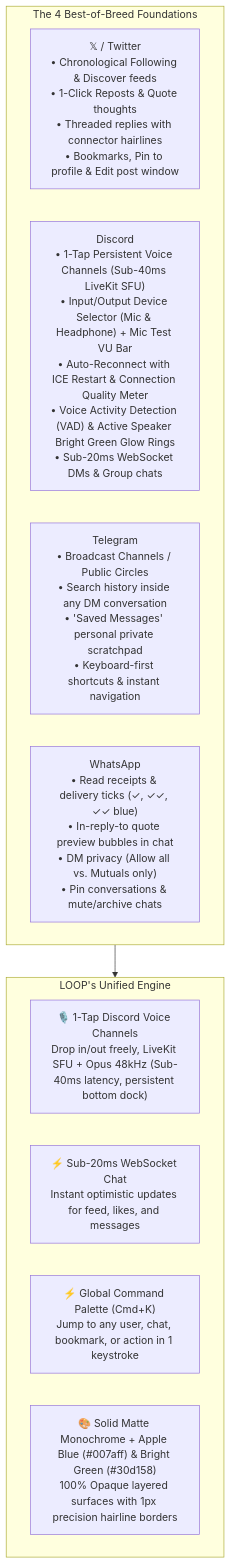
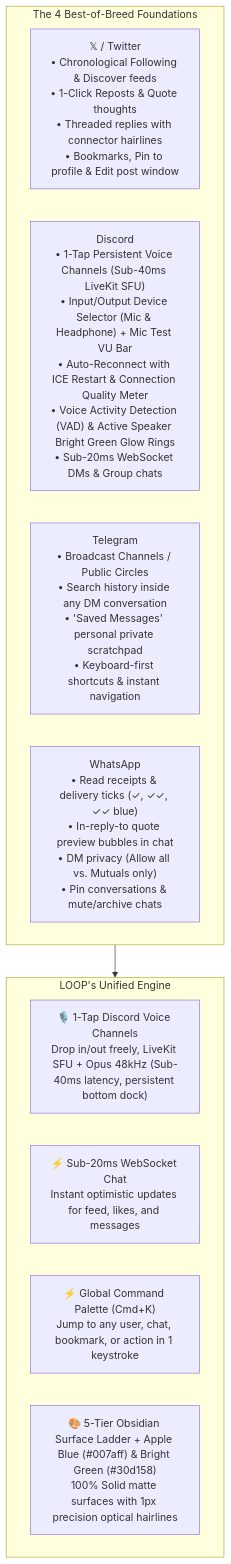
One commit to vineetkishore01/Loop changed the first of 3 diagrams in plan.md. Above: the diagram before and after it, drawn with Mermaid. The commit also changed other lines of this file, not shown here.

Commit message:
design: integrate 2026 Technical Authenticity & Quiet Luxury aesthetic synthesis

````diff
--- a/plan.md
+++ b/plan.md
@@ -9,18 +9,18 @@
 ```mermaid
 flowchart TD
     subgraph Giants ["The 4 Best-of-Breed Foundations"]
         X["𝕏 / Twitter\n• Chronological Following & Discover feeds\n• 1-Click Reposts & Quote thoughts\n• Threaded replies with connector hairlines\n• Bookmarks, Pin to profile & Edit post window"]
         Discord["Discord\n• 1-Tap Persistent Voice Channels (Sub-40ms LiveKit SFU)\n• Input/Output Device Selector (Mic & Headphone) + Mic Test VU Bar\n• Auto-Reconnect with ICE Restart & Connection Quality Meter\n• Voice Activity Detection (VAD) & Active Speaker Bright Green Glow Rings\n• Sub-20ms WebSocket DMs & Group chats"]
         Telegram["Telegram\n• Broadcast Channels / Public Circles\n• Search history inside any DM conversation\n• 'Saved Messages' personal private scratchpad\n• Keyboard-first shortcuts & instant navigation"]
         WhatsApp["WhatsApp\n• Read receipts & delivery ticks (✓, ✓✓, ✓✓ blue)\n• In-reply-to quote preview bubbles in chat\n• DM privacy (Allow all vs. Mutuals only)\n• Pin conversations & mute/archive chats"]
     end
 
     subgraph ProductCore ["LOOP's Unified Engine"]
         Voice["🎙️ 1-Tap Discord Voice Channels\nDrop in/out freely, LiveKit SFU + Opus 48kHz (Sub-40ms latency, persistent bottom dock)"]
         Speed["⚡ Sub-20ms WebSocket Chat\nInstant optimistic updates for feed, likes, and messages"]
         Palette["⚡ Global Command Palette (Cmd+K)\nJump to any user, chat, bookmark, or action in 1 keystroke"]
-        Design["🎨 Solid Matte Monochrome + Apple Blue (#007aff) & Bright Green (#30d158)\n100% Opaque layered surfaces with 1px precision hairline borders"]
+        Design["🎨 5-Tier Obsidian Surface Ladder + Apple Blue (#007aff) & Bright Green (#30d158)\n100% Solid matte surfaces with 1px precision optical hairlines"]
     end
 
     Giants --> ProductCore
 ```
````
